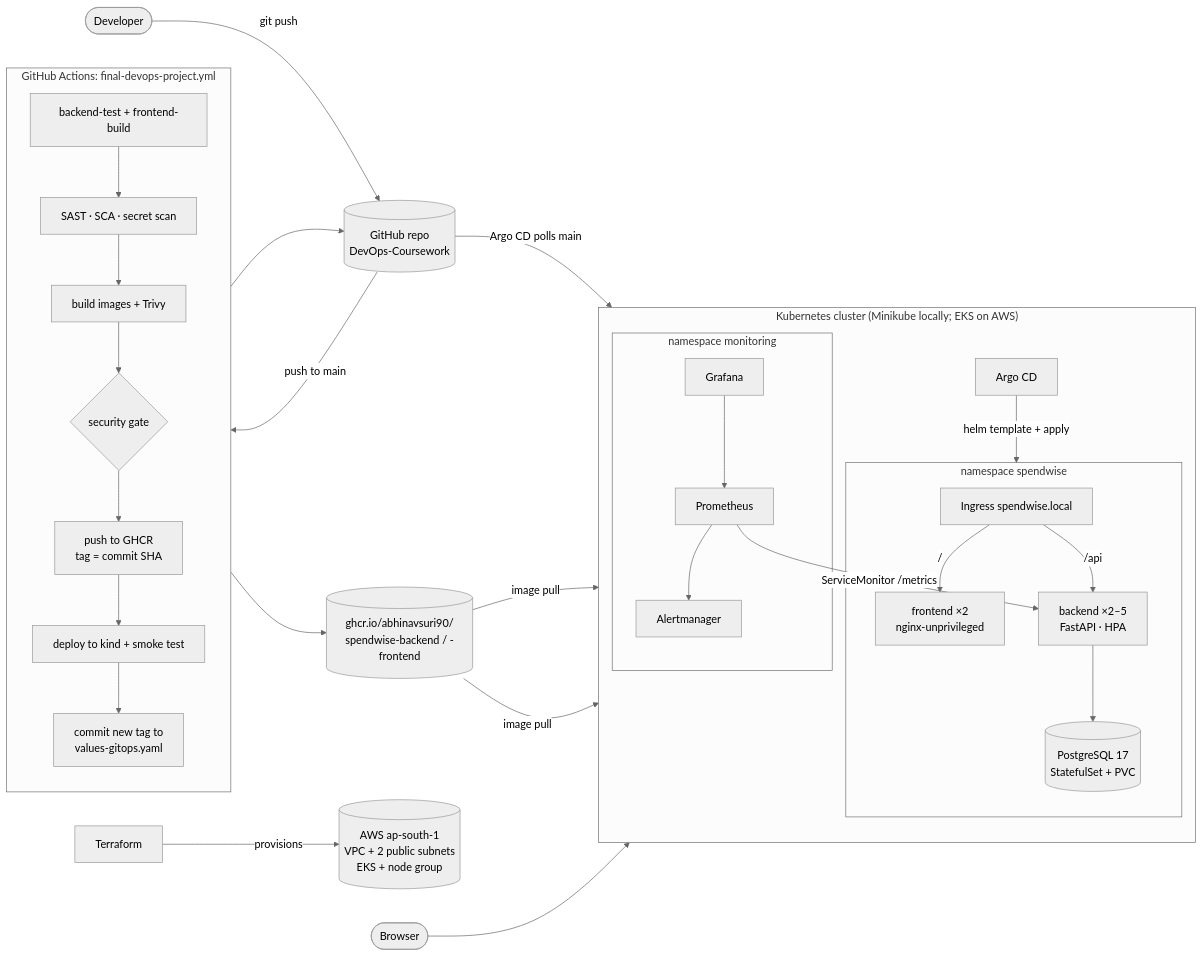
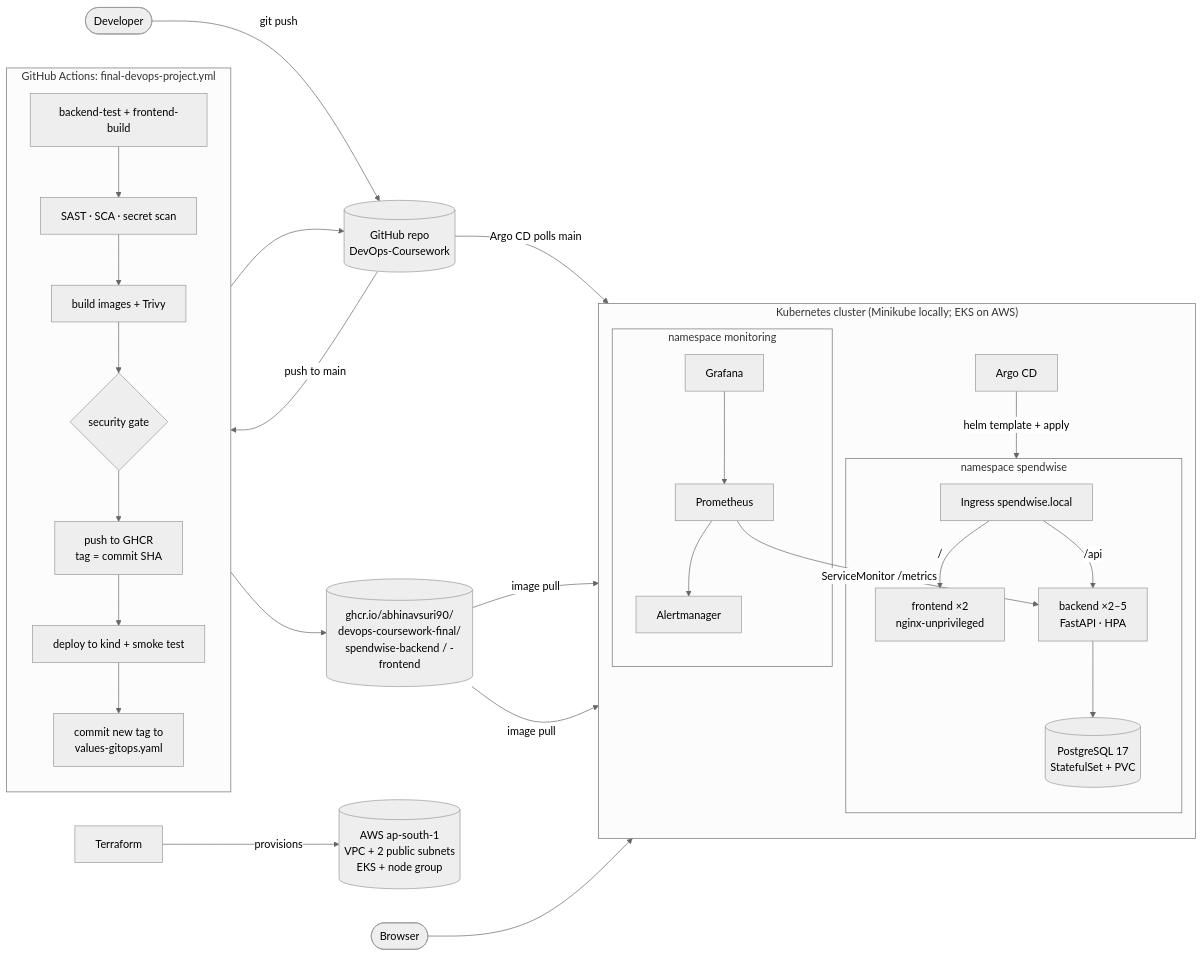
One commit to Abhinavsuri90/DevOps-Capstone changed the first of 3 diagrams in README.md. Above: the diagram before and after it, drawn with Mermaid (neutral theme). The commit also changed other lines of this file and 5 other files, not shown here.

Commit message:
Move to the DevOps-Coursework-final repository: repo-scoped image names and links

````diff
--- a/README.md
+++ b/README.md
@@ -95,39 +95,39 @@
 ```mermaid
 flowchart LR
     Dev([Developer]) -->|git push| Repo[(GitHub repo<br/>DevOps-Coursework)]
     Repo -->|push to main| CI
 
     subgraph CI["GitHub Actions: final-devops-project.yml"]
       direction TB
       T[backend-test + frontend-build] --> SEC[SAST · SCA · secret scan]
       SEC --> IMG[build images + Trivy]
       IMG --> GATE{security gate}
       GATE --> PUSH[push to GHCR<br/>tag = commit SHA]
       PUSH --> KIND[deploy to kind + smoke test]
       KIND --> BUMP[commit new tag to<br/>values-gitops.yaml]
     end
 
-    PUSH --> GHCR[(ghcr.io/abhinavsuri90/<br/>spendwise-backend / -frontend)]
+    PUSH --> GHCR[(ghcr.io/abhinavsuri90/<br/>devops-coursework-final/<br/>spendwise-backend / -frontend)]
     BUMP --> Repo
 
     subgraph K8s["Kubernetes cluster (Minikube locally; EKS on AWS)"]
       direction TB
       Argo[Argo CD] -->|helm template + apply| NS
       subgraph NS["namespace spendwise"]
         ING[Ingress spendwise.local] -->|/| FE[frontend ×2<br/>nginx-unprivileged]
         ING -->|/api| BE[backend ×2–5<br/>FastAPI · HPA]
         BE --> PG[(PostgreSQL 17<br/>StatefulSet + PVC)]
       end
       subgraph MON["namespace monitoring"]
         PROM[Prometheus] --> AM[Alertmanager]
         GRAF[Grafana] --> PROM
       end
       PROM -->|ServiceMonitor /metrics| BE
     end
 
     Repo -->|Argo CD polls main| Argo
     GHCR -->|image pull| BE
     GHCR -->|image pull| FE
     TF[Terraform] -->|provisions| AWS[(AWS ap-south-1<br/>VPC + 2 public subnets<br/>EKS + node group)]
     User([Browser]) --> ING
 ```
````
